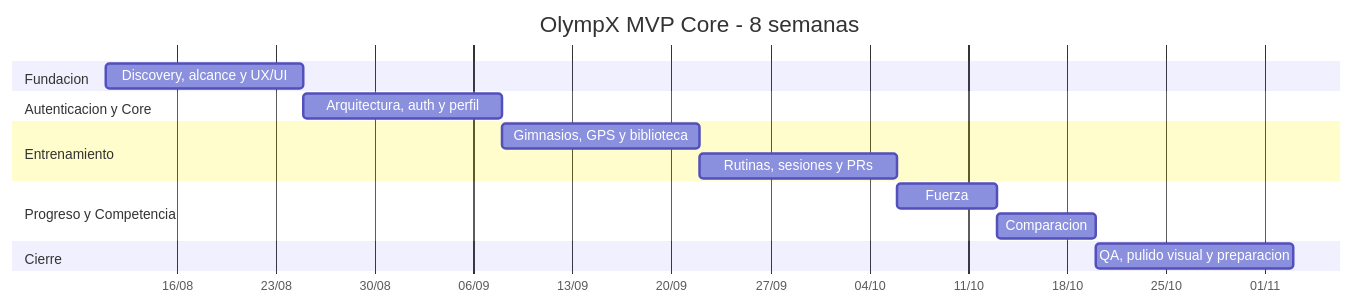
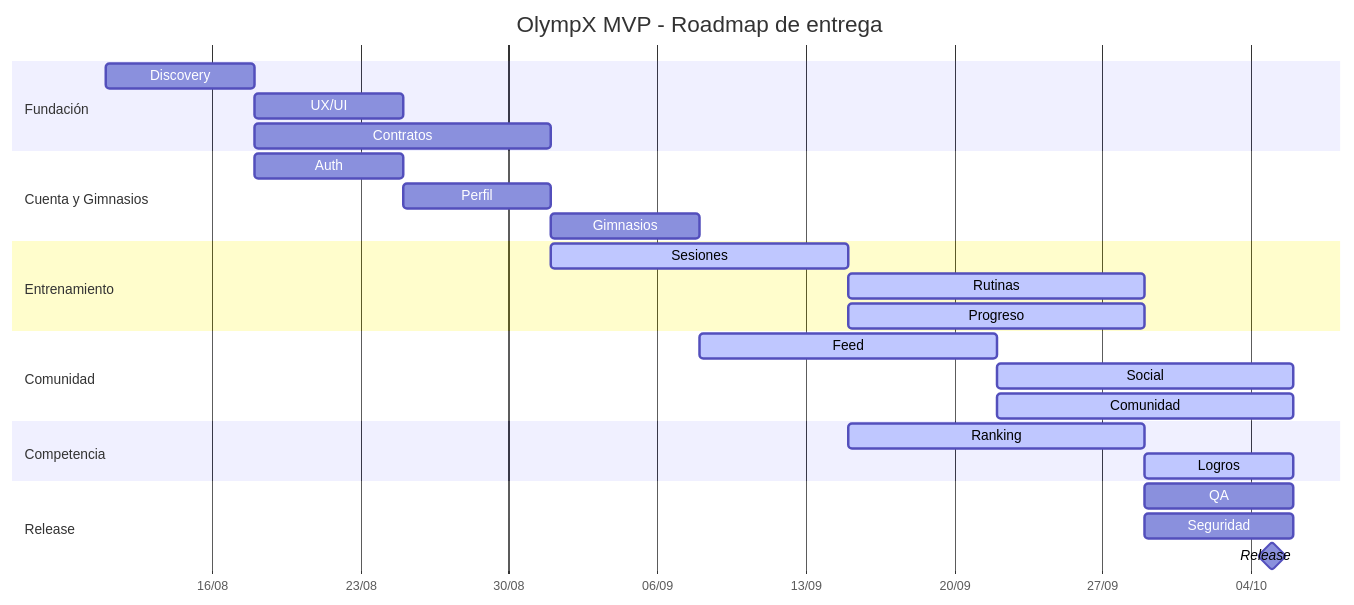
Before and after one commit to dayca-software/dayca-olympx-doc: the diagram in CartaGanttMVP.md, drawn with Mermaid. The commit also changed other lines of this file and 3 other files, not shown here.

````diff
--- a/CartaGanttMVP.md
+++ b/CartaGanttMVP.md
@@ -5,23 +18,36 @@
 ```mermaid
 gantt
-  title OlympX MVP Core - 8 semanas
-  dateFormat  YYYY-MM-DD
-  axisFormat   %d/%m
+  title OlympX MVP - Roadmap de entrega
+  dateFormat YYYY-MM-DD
+  axisFormat %d/%m
+  todayMarker stroke-width:2px,stroke:#F59E0B
 
-  section Fundacion
-  Discovery, alcance y UX/UI        :a1, 2026-08-11, 14d
+  section Fundación
+  Discovery                                    :foundation, 2026-08-11, 7d
+  UX/UI                                        :ux, after foundation, 7d
+  Contratos                                    :contracts, after foundation, 14d
 
-  section Autenticacion y Core
-  Arquitectura, auth y perfil       :a2, after a1, 14d
+  section Cuenta y Gimnasios
+  Auth                                         :auth, 2026-08-18, 7d
+  Perfil                                       :profile, after auth, 7d
+  Gimnasios                                    :gyms, after profile, 7d
 
   section Entrenamiento
-  Gimnasios, GPS y biblioteca      :b1, after a2, 14d
-  Rutinas, sesiones y PRs          :b2, after b1, 14d
+  Sesiones                                     :active, sessions, 2026-09-01, 14d
+  Rutinas                                      :active, routines, after sessions, 14d
+  Progreso                                     :active, progress, after sessions, 14d
 
-  section Progreso y Competencia
-  Fuerza                           :c1, after b2, 7d
-  Comparacion                      :c2, after c1, 7d
+  section Comunidad
+  Feed                                         :active, feed, 2026-09-08, 14d
+  Social                                       :active, social, after feed, 14d
+  Comunidad                                    :active, community, after feed, 14d
 
-  section Cierre
-  QA, pulido visual y preparacion  :d1, after c2, 14d
+  section Competencia
+  Ranking                                      :active, ranking, 2026-09-15, 14d
+  Logros                                       :active, achievements, after ranking, 7d
+
+  section Release
+  QA                                           :qa, 2026-09-29, 7d
+  Seguridad                                    :security, 2026-09-29, 7d
+  Release                                      :milestone, release, 2026-10-05, 0d
 ```
````
